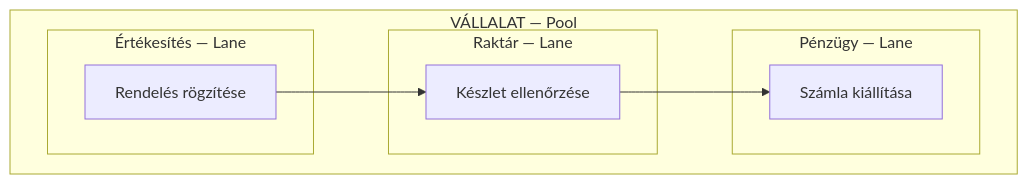
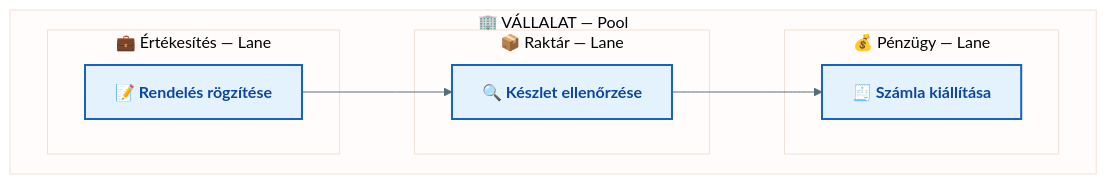
One commit to denespocsik/MM_BSC_Zarovizsga changed the second of 2 diagrams in Tételek/V02-GMXSF2MBLF-Üzleti folyamatok modellezése BPMN 2.0.tétel.md. Above: the diagram before and after it, drawn with Mermaid. The commit also changed other lines of this file and 7 other files, not shown here.

First line of the commit message:
style(V01-V05): Mermaid diagram stílus egységesítése a V11-V12 mintájára

````diff
--- a/Tételek/V02-GMXSF2MBLF-Üzleti folyamatok modellezése BPMN 2.0.tétel.md
+++ b/Tételek/V02-GMXSF2MBLF-Üzleti folyamatok modellezése BPMN 2.0.tétel.md
@@ -61,15 +66,18 @@
 ```mermaid
+%%{init: {'theme': 'base', 'themeVariables': {'primaryColor': '#E3F2FD', 'primaryBorderColor': '#1565C0', 'lineColor': '#546E7A', 'edgeLabelBackground': '#F5F5F5'}}}%%
 flowchart TD
-    subgraph VALLALAT["VÁLLALAT — Pool"]
-        subgraph Ert["Értékesítés — Lane"]
-            A[Rendelés rögzítése]
+    classDef task fill:#E3F2FD,stroke:#1565C0,stroke-width:2px,color:#0D47A1,font-weight:bold
+
+    subgraph VALLALAT["🏢 VÁLLALAT — Pool"]
+        subgraph Ert["💼 Értékesítés — Lane"]
+            A["📝 Rendelés rögzítése"]:::task
         end
-        subgraph Rakt["Raktár — Lane"]
-            B[Készlet ellenőrzése]
+        subgraph Rakt["📦 Raktár — Lane"]
+            B["🔍 Készlet ellenőrzése"]:::task
         end
-        subgraph Pen["Pénzügy — Lane"]
-            C[Számla kiállítása]
+        subgraph Pen["💰 Pénzügy — Lane"]
+            C["🧾 Számla kiállítása"]:::task
         end
     end
     A --> B --> C
 ```
````
